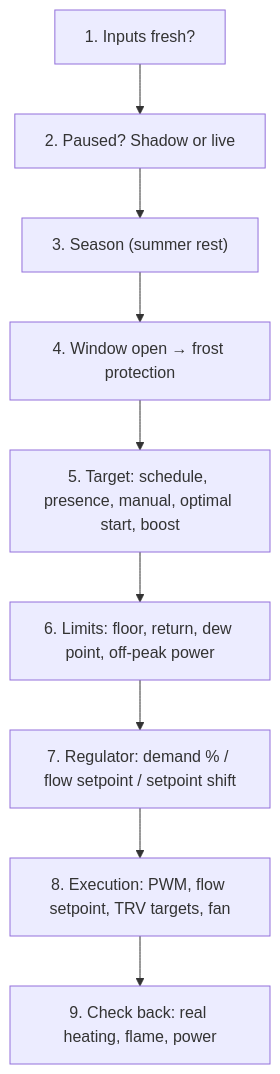
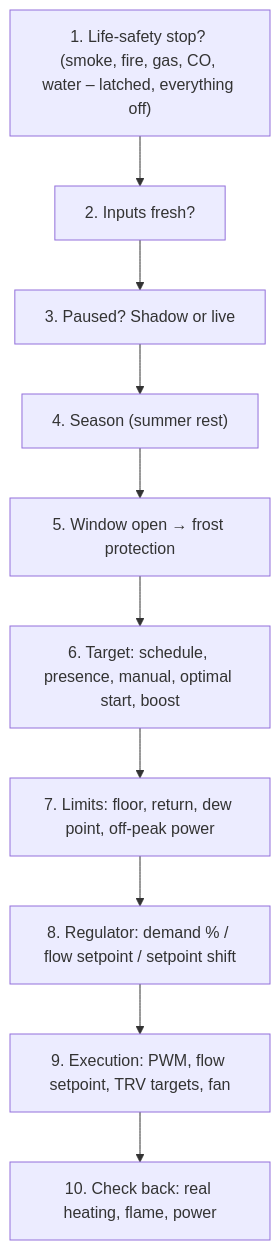
The second of 2 diagrams in DECISION_CHAIN.md (Gyuszko55/hc-thermostat), drawn with Mermaid before and after one commit. The commit also changed other lines of this file and 129 other files, not shown here.

Commit message:
0.79.0: no short run before the morning rise, switch log, 24 h starts; 0.76–0.78 local guard, life-safety stop, hc-core and hcd

````diff
--- a/DECISION_CHAIN.md
+++ b/DECISION_CHAIN.md
@@ -17,12 +17,13 @@
 ```mermaid
 flowchart TD
-  N1["1. Inputs fresh?"] --> N2
-  N2["2. Paused? Shadow or live"] --> N3
-  N3["3. Season (summer rest)"] --> N4
-  N4["4. Window open → frost protection"] --> N5
-  N5["5. Target: schedule, presence, manual, optimal start, boost"] --> N6
-  N6["6. Limits: floor, return, dew point, off-peak power"] --> N7
-  N7["7. Regulator: demand % / flow setpoint / setpoint shift"] --> N8
-  N8["8. Execution: PWM, flow setpoint, TRV targets, fan"] --> N9
-  N9["9. Check back: real heating, flame, power"]
+  N1["1. Life-safety stop? (smoke, fire, gas, CO, water – latched, everything off)"] --> N2
+  N2["2. Inputs fresh?"] --> N3
+  N3["3. Paused? Shadow or live"] --> N4
+  N4["4. Season (summer rest)"] --> N5
+  N5["5. Window open → frost protection"] --> N6
+  N6["6. Target: schedule, presence, manual, optimal start, boost"] --> N7
+  N7["7. Limits: floor, return, dew point, off-peak power"] --> N8
+  N8["8. Regulator: demand % / flow setpoint / setpoint shift"] --> N9
+  N9["9. Execution: PWM, flow setpoint, TRV targets, fan"] --> N10
+  N10["10. Check back: real heating, flame, power"]
 ```
````
